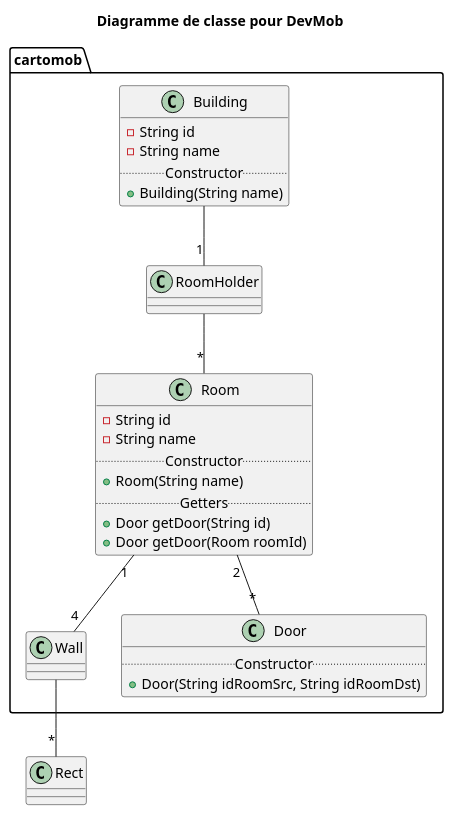
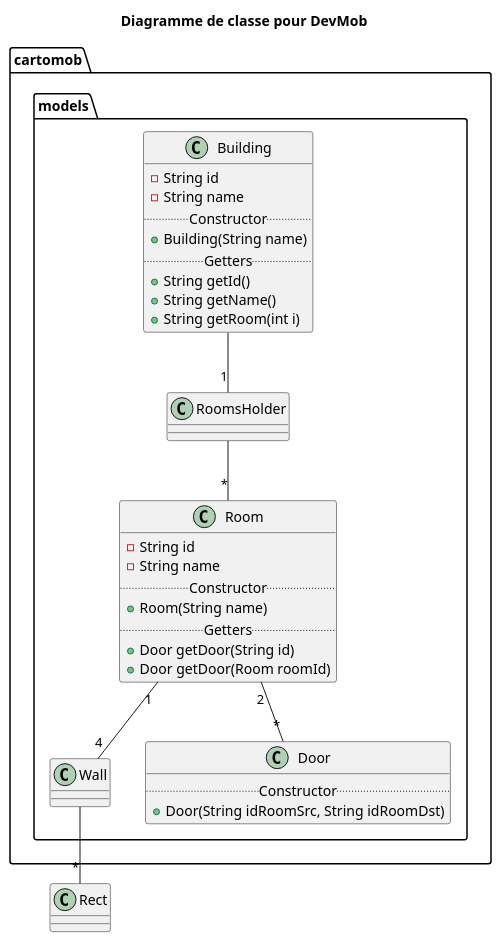
Before and after one commit to victord54/CartoMob: the diagram in theoreticalDiag.puml, drawn with PlantUML. The commit also changed 4 other files, not shown here.

Commit message:
Create Room.java and RoomsHolder.java Added methods in Building.java and added FactoryID.java singleton

```diff
--- a/theoreticalDiag.puml
+++ b/theoreticalDiag.puml
@@ -1,40 +1,46 @@
 @startuml
 
 title Diagramme de classe pour DevMob
 
 package cartomob {
-  class Building {
-    - String id
-    - String name
-    ..Constructor..
-    + Building(String name)
-  }
+    package models {
+        class Building {
+            - String id
+            - String name
+            ..Constructor..
+            + Building(String name)
+            ..Getters..
+            + String getId()
+            + String getName()
+            + String getRoom(int i)
+        }
 
-  class Room {
-    - String id
-    - String name
-    ..Constructor..
-    + Room(String name)
-    ..Getters..
-    + Door getDoor(String id)
-    + Door getDoor(Room roomId)
-  }
+        class Room {
+            - String id
+            - String name
+            ..Constructor..
+            + Room(String name)
+            ..Getters..
+            + Door getDoor(String id)
+            + Door getDoor(Room roomId)
+        }
 
-  class RoomHolder {}
+        class RoomsHolder {}
 
-  class Wall {}
+        class Wall {}
 
-  class Door {
-    ..Constructor..
-    + Door(String idRoomSrc, String idRoomDst)
-  }
+        class Door {
+            ..Constructor..
+            + Door(String idRoomSrc, String idRoomDst)
+        }
+    }
 }
 
 
-RoomHolder --"*" Room
+RoomsHolder --"*" Room
 Room "1"--"4" Wall
-Building --"1" RoomHolder
+Building --"1" RoomsHolder
 Room "2"--"*" Door
 Wall --"*" Rect
 
 @enduml
```
